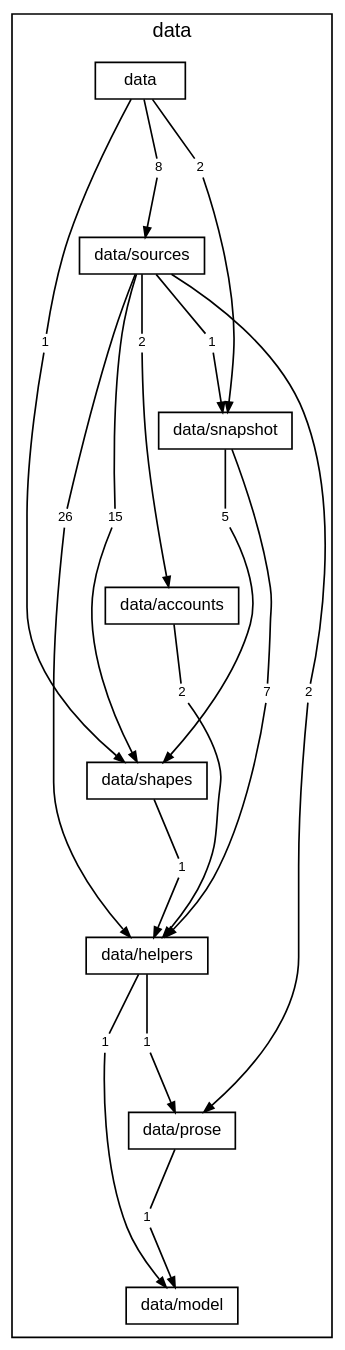
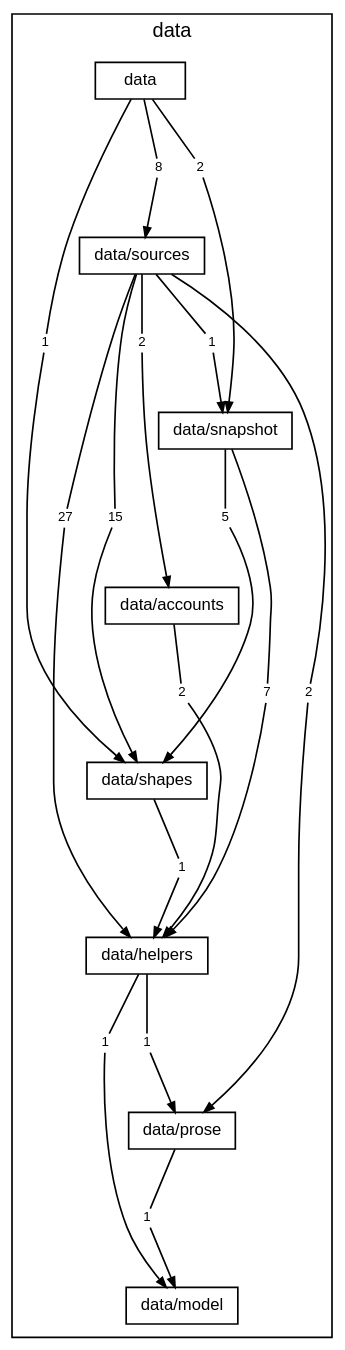
The diagram in docs/diagrams/layer-data.dot (TheAxeC/oculus), drawn with Graphviz before and after one commit. The commit also changed 151 other files, not shown here.

```diff
--- a/docs/diagrams/layer-data.dot
+++ b/docs/diagrams/layer-data.dot
@@ -1,68 +1,68 @@
 digraph layer_data {
     graph [bgcolor="transparent", rankdir=TB, newrank=true, mclimit=4, fontname="Helvetica,Arial,sans-serif", fontsize=12, nodesep=0.2, ranksep=0.5];
     node [shape=box, color="black", fontcolor="black", fontname="Helvetica,Arial,sans-serif", fontsize=10, height=0.3, margin="0.12,0.04"];
     edge [color="black", fontcolor="black", fontname="Helvetica,Arial,sans-serif", fontsize=8, arrowsize=0.6];
     subgraph "cluster_data" {
         label="data"; style=solid;
         "folder data" [label="data"];
         "folder data/sources" [label="data/sources"];
         "folder data/snapshot" [label="data/snapshot"];
         "folder data/accounts" [label="data/accounts"];
         "folder data/shapes" [label="data/shapes"];
         "folder data/helpers" [label="data/helpers"];
         "folder data/prose" [label="data/prose"];
         "folder data/model" [label="data/model"];
         "folder data to folder data/shapes" [label="1", shape=box, color="transparent", fontsize=8, width=0, height=0, margin="0.04,0.02"];
         "folder data to folder data/snapshot" [label="2", shape=box, color="transparent", fontsize=8, width=0, height=0, margin="0.04,0.02"];
         "folder data to folder data/sources" [label="8", shape=box, color="transparent", fontsize=8, width=0, height=0, margin="0.04,0.02"];
         "folder data/sources to folder data/accounts" [label="2", shape=box, color="transparent", fontsize=8, width=0, height=0, margin="0.04,0.02"];
-        "folder data/sources to folder data/helpers" [label="26", shape=box, color="transparent", fontsize=8, width=0, height=0, margin="0.04,0.02"];
+        "folder data/sources to folder data/helpers" [label="27", shape=box, color="transparent", fontsize=8, width=0, height=0, margin="0.04,0.02"];
         "folder data/sources to folder data/prose" [label="2", shape=box, color="transparent", fontsize=8, width=0, height=0, margin="0.04,0.02"];
         "folder data/sources to folder data/shapes" [label="15", shape=box, color="transparent", fontsize=8, width=0, height=0, margin="0.04,0.02"];
         "folder data/sources to folder data/snapshot" [label="1", shape=box, color="transparent", fontsize=8, width=0, height=0, margin="0.04,0.02"];
         "folder data/snapshot to folder data/helpers" [label="7", shape=box, color="transparent", fontsize=8, width=0, height=0, margin="0.04,0.02"];
         "folder data/snapshot to folder data/shapes" [label="5", shape=box, color="transparent", fontsize=8, width=0, height=0, margin="0.04,0.02"];
         "folder data/accounts to folder data/helpers" [label="2", shape=box, color="transparent", fontsize=8, width=0, height=0, margin="0.04,0.02"];
         "folder data/shapes to folder data/helpers" [label="1", shape=box, color="transparent", fontsize=8, width=0, height=0, margin="0.04,0.02"];
         "folder data/helpers to folder data/model" [label="1", shape=box, color="transparent", fontsize=8, width=0, height=0, margin="0.04,0.02"];
         "folder data/helpers to folder data/prose" [label="1", shape=box, color="transparent", fontsize=8, width=0, height=0, margin="0.04,0.02"];
         "folder data/prose to folder data/model" [label="1", shape=box, color="transparent", fontsize=8, width=0, height=0, margin="0.04,0.02"];
     }
     "folder data" -> "folder data/sources" [style=invis, weight=10, minlen=2];
     "folder data/sources" -> "folder data/snapshot" [style=invis, weight=10, minlen=2];
     "folder data/snapshot" -> "folder data/accounts" [style=invis, weight=10, minlen=2];
     "folder data/accounts" -> "folder data/shapes" [style=invis, weight=10, minlen=2];
     "folder data/shapes" -> "folder data/helpers" [style=invis, weight=10, minlen=2];
     "folder data/helpers" -> "folder data/prose" [style=invis, weight=10, minlen=2];
     "folder data/prose" -> "folder data/model" [style=invis, weight=10, minlen=2];
     "folder data" -> "folder data to folder data/shapes" [arrowhead=none, minlen=3, weight=10];
     "folder data to folder data/shapes" -> "folder data/shapes" [];
     "folder data" -> "folder data to folder data/snapshot" [arrowhead=none, minlen=1, weight=10];
     "folder data to folder data/snapshot" -> "folder data/snapshot" [];
     "folder data" -> "folder data to folder data/sources" [arrowhead=none, minlen=1, weight=10];
     "folder data to folder data/sources" -> "folder data/sources" [];
     "folder data/sources" -> "folder data/sources to folder data/accounts" [arrowhead=none, minlen=1, weight=10];
     "folder data/sources to folder data/accounts" -> "folder data/accounts" [];
     "folder data/sources" -> "folder data/sources to folder data/helpers" [arrowhead=none, minlen=3, weight=10];
     "folder data/sources to folder data/helpers" -> "folder data/helpers" [];
     "folder data/sources" -> "folder data/sources to folder data/prose" [arrowhead=none, minlen=5, weight=10];
     "folder data/sources to folder data/prose" -> "folder data/prose" [];
     "folder data/sources" -> "folder data/sources to folder data/shapes" [arrowhead=none, minlen=3, weight=10];
     "folder data/sources to folder data/shapes" -> "folder data/shapes" [];
     "folder data/sources" -> "folder data/sources to folder data/snapshot" [arrowhead=none, minlen=1, weight=10];
     "folder data/sources to folder data/snapshot" -> "folder data/snapshot" [];
     "folder data/snapshot" -> "folder data/snapshot to folder data/helpers" [arrowhead=none, minlen=3, weight=10];
     "folder data/snapshot to folder data/helpers" -> "folder data/helpers" [];
     "folder data/snapshot" -> "folder data/snapshot to folder data/shapes" [arrowhead=none, minlen=1, weight=10];
     "folder data/snapshot to folder data/shapes" -> "folder data/shapes" [];
     "folder data/accounts" -> "folder data/accounts to folder data/helpers" [arrowhead=none, minlen=1, weight=10];
     "folder data/accounts to folder data/helpers" -> "folder data/helpers" [];
     "folder data/shapes" -> "folder data/shapes to folder data/helpers" [arrowhead=none, minlen=1, weight=10];
     "folder data/shapes to folder data/helpers" -> "folder data/helpers" [];
     "folder data/helpers" -> "folder data/helpers to folder data/model" [arrowhead=none, minlen=1, weight=10];
     "folder data/helpers to folder data/model" -> "folder data/model" [];
     "folder data/helpers" -> "folder data/helpers to folder data/prose" [arrowhead=none, minlen=1, weight=10];
     "folder data/helpers to folder data/prose" -> "folder data/prose" [];
     "folder data/prose" -> "folder data/prose to folder data/model" [arrowhead=none, minlen=1, weight=10];
     "folder data/prose to folder data/model" -> "folder data/model" [];
 }
```
